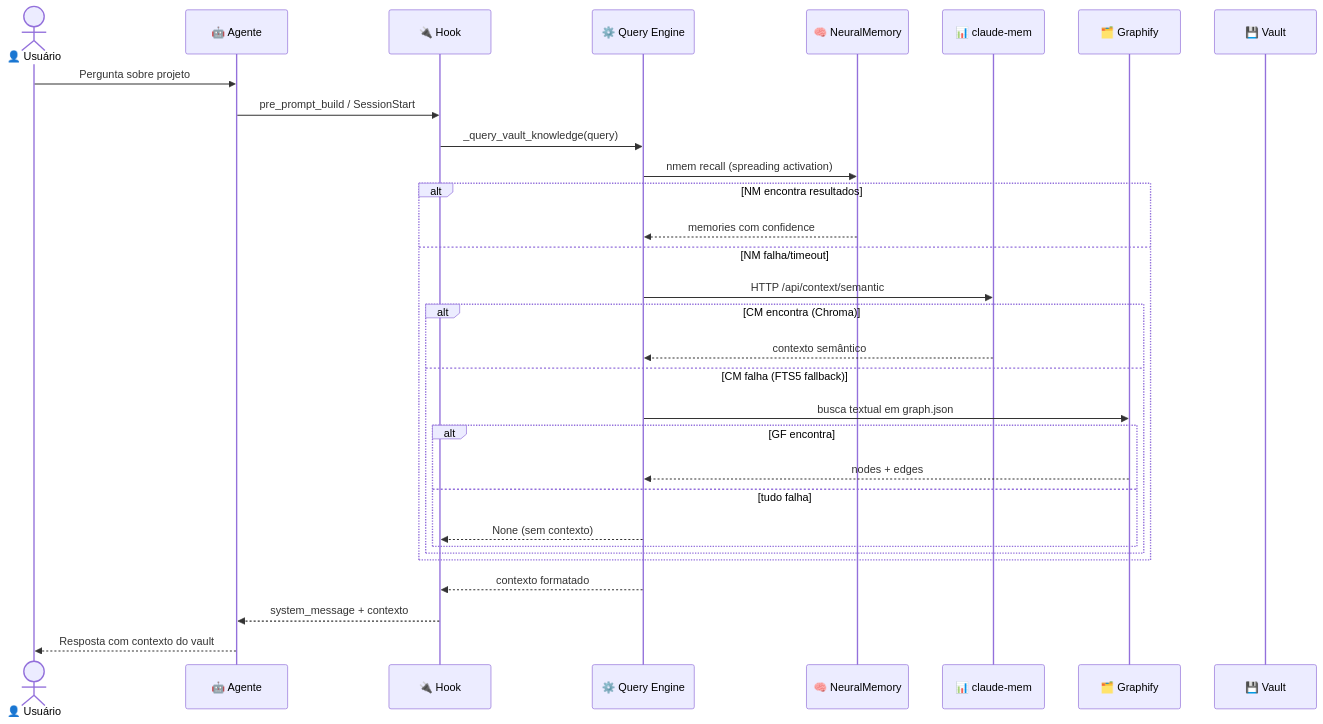
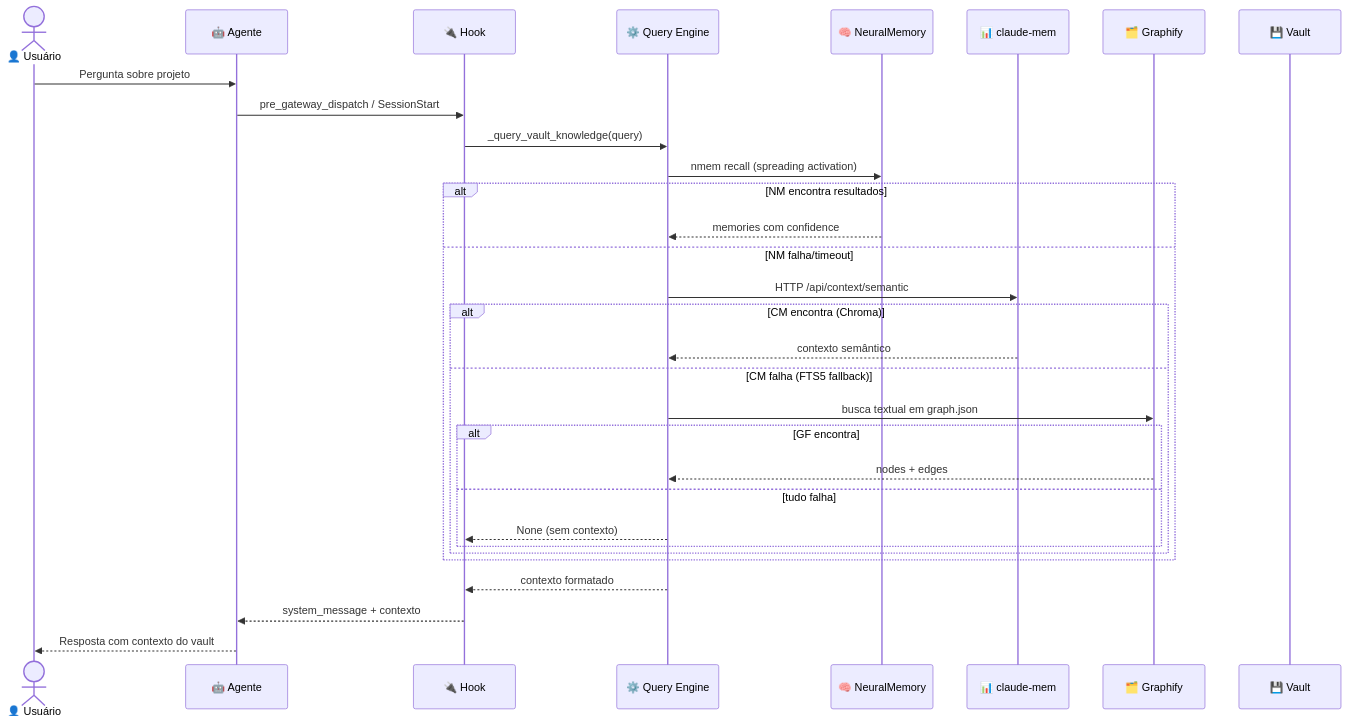
One commit to Mlaurindo30/Hive-Mind changed the second of 8 diagrams in docs/05-blueprints.md. Above: the diagram before and after it, drawn with Mermaid. The commit also changed other lines of this file and 6 other files, not shown here.

````diff
--- a/docs/05-blueprints.md
+++ b/docs/05-blueprints.md
@@ -70,37 +70,37 @@
 ```mermaid
 sequenceDiagram
     actor User as 👤 Usuário
     participant Agent as 🤖 Agente
     participant Hook as 🔌 Hook
     participant Engine as ⚙️ Query Engine
     participant NM as 🧠 NeuralMemory
     participant CM as 📊 claude-mem
     participant GF as 🗂️ Graphify
     participant Vault as 💾 Vault
 
     User->>Agent: Pergunta sobre projeto
-    Agent->>Hook: pre_prompt_build / SessionStart
+    Agent->>Hook: pre_gateway_dispatch / SessionStart
     
     Hook->>Engine: _query_vault_knowledge(query)
     
     Engine->>NM: nmem recall (spreading activation)
     alt NM encontra resultados
         NM-->>Engine: memories com confidence
     else NM falha/timeout
         Engine->>CM: HTTP /api/context/semantic
         alt CM encontra (Chroma)
             CM-->>Engine: contexto semântico
         else CM falha (FTS5 fallback)
             Engine->>GF: busca textual em graph.json
             alt GF encontra
                 GF-->>Engine: nodes + edges
             else tudo falha
                 Engine-->>Hook: None (sem contexto)
             end
         end
     end
     
     Engine-->>Hook: contexto formatado
     Hook-->>Agent: system_message + contexto
     Agent-->>User: Resposta com contexto do vault
 ```
````
